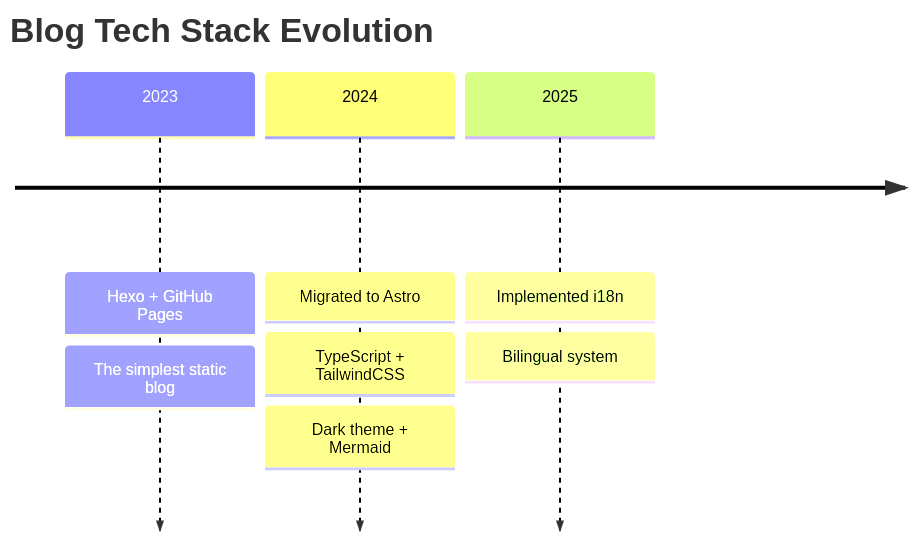
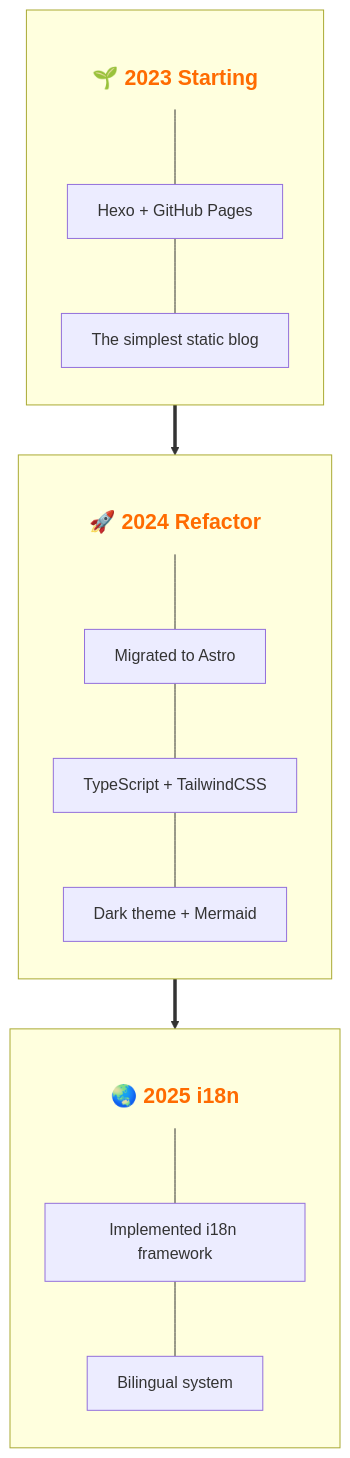
One commit to gaezon/AstroPaper-blog changed the diagram in src/pages/en/milestones.md. Above: the diagram before and after it, drawn with Mermaid. The commit also changed 16 other files, not shown here.

First line of the commit message:
Feature/mermaid build time rendering (#46)

````diff
--- a/src/pages/en/milestones.md
+++ b/src/pages/en/milestones.md
@@ -15,11 +15,34 @@
 ```mermaid
-timeline
-    title Blog Tech Stack Evolution
-    2023 : Hexo + GitHub Pages
-         : The simplest static blog
-    2024 : Migrated to Astro
-         : TypeScript + TailwindCSS
-         : Dark theme + Mermaid
-    2025 : Implemented i18n
-         : Bilingual system
+graph TD
+    %% Define styles for year titles
+    classDef yearTitle fill:none,stroke:none,color:#ff6b01,font-size:1.1em,font-weight:bold;
+
+    subgraph Y2023_Group [ ]
+        direction TB
+        T2023["🌱 2023 Starting"]:::yearTitle
+        A1["Hexo + GitHub Pages"]
+        A2["The simplest static blog"]
+        T2023 --- A1 --- A2
+    end
+
+    subgraph Y2024_Group [ ]
+        direction TB
+        T2024["🚀 2024 Refactor"]:::yearTitle
+        B1["Migrated to Astro"]
+        B2["TypeScript + TailwindCSS"]
+        B3["Dark theme + Mermaid"]
+        T2024 --- B1 --- B2 --- B3
+    end
+
+    subgraph Y2025_Group [ ]
+        direction TB
+        T2025["🌏 2025 i18n"]:::yearTitle
+        C1["Implemented i18n framework"]
+        C2["Bilingual system"]
+        T2025 --- C1 --- C2
+    end
+
+    %% Connect blocks via year titles
+    A2 ==> T2024
+    B3 ==> T2025
 ```
````
